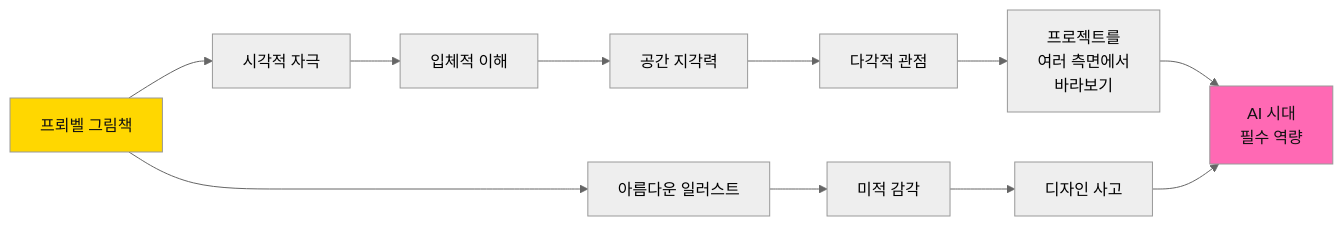
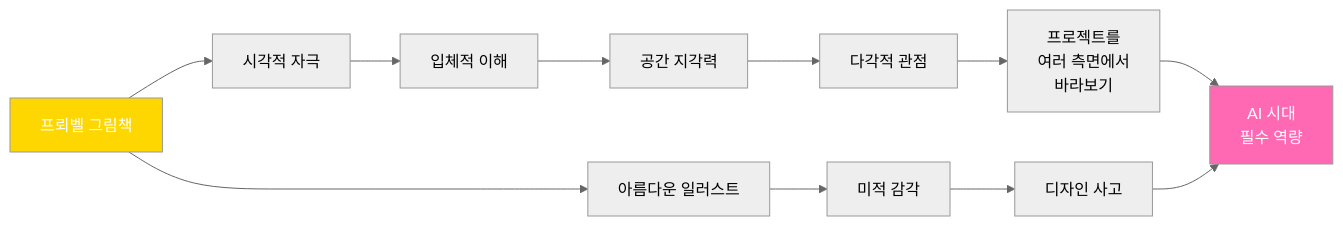
The ninth of 22 diagrams in 2단계_유아초등교육커리큘럼.md (Collegenie-X/froebel), drawn with Mermaid (neutral theme) before and after one commit. The commit also changed other lines of this file and 4 other files, not shown here.

````diff
--- a/2단계_유아초등교육커리큘럼.md
+++ b/2단계_유아초등교육커리큘럼.md
@@ -346,19 +346,19 @@
 ```mermaid
 graph LR
     A[프뢰벨 그림책] --> B[시각적 자극]
     B --> C[입체적 이해]
     C --> D[공간 지각력]
     
     D --> E[다각적 관점]
     E --> F[프로젝트를<br/>여러 측면에서<br/>바라보기]
     
     A --> G[아름다운 일러스트]
     G --> H[미적 감각]
     H --> I[디자인 사고]
     
     F --> J[AI 시대<br/>필수 역량]
     I --> J
     
-    style A fill:#FFD700,color:#111
-    style J fill:#FF69B4,color:#111
+    style A fill:#FFD700,color:#fff
+    style J fill:#FF69B4,color:#fff
 ```
````
